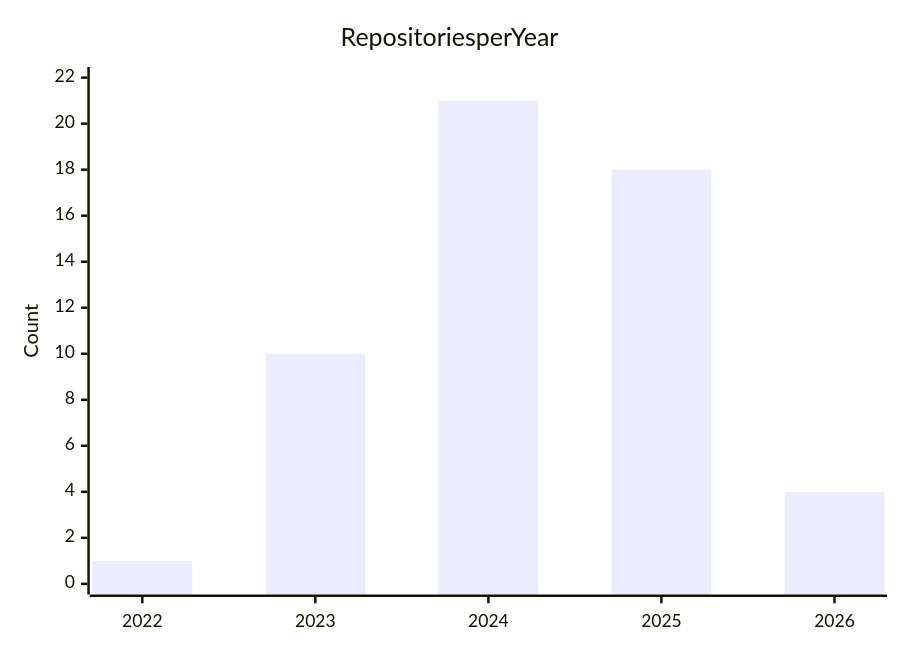
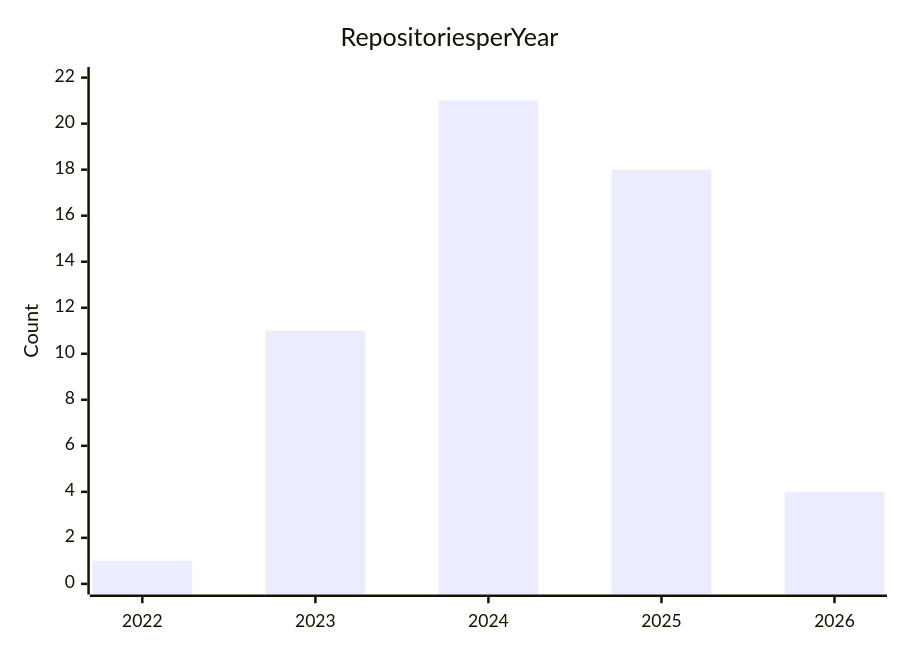
One commit to sametcn99/sametcn99 changed the second of 3 diagrams in README.md. Above: the diagram before and after it, drawn with Mermaid. The commit also changed other lines of this file and 1 other file, not shown here.

````diff
--- a/README.md
+++ b/README.md
@@ -164,7 +167,7 @@
 ```mermaid
 xychart-beta
     title Repositories per Year
     x-axis [2022, 2023, 2024, 2025, 2026]
     y-axis "Count" 0 --> 22
-    bar [1, 10, 21, 18, 4]
+    bar [1, 11, 21, 18, 4]
 ```
````
